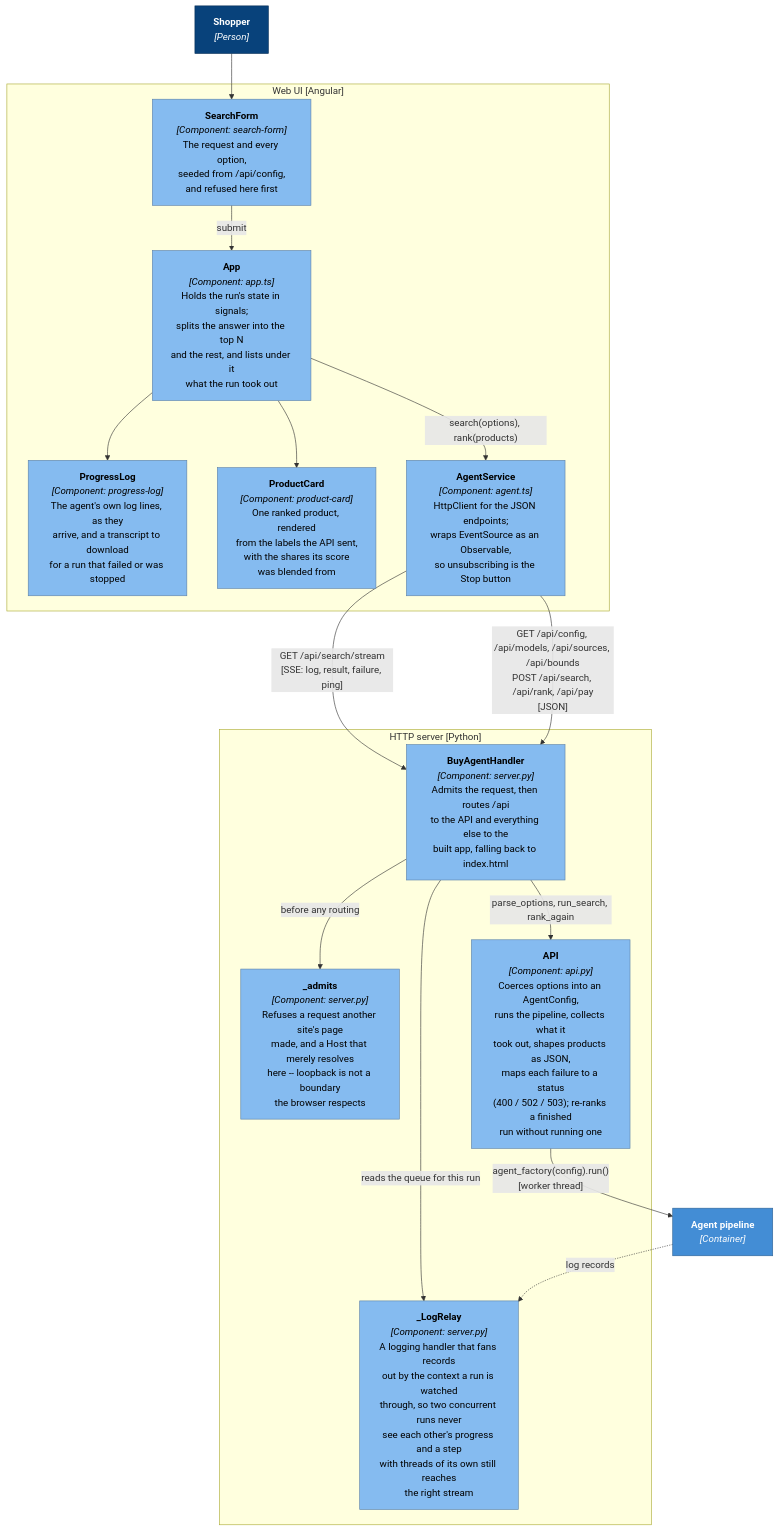
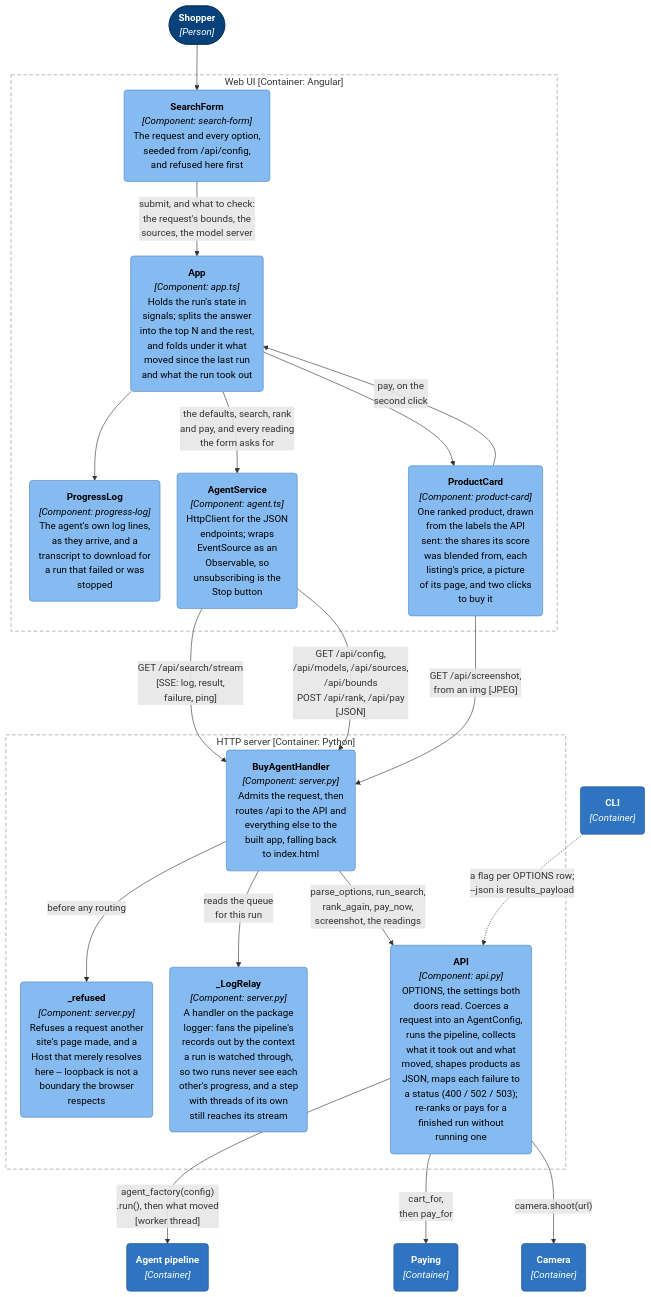
One commit to adamw7/buy_agent changed the ninth of 11 diagrams in docs/architecture.md. Above: the diagram before and after it, drawn with Mermaid. The commit also changed other lines of this file, not shown here.

First line of the commit message:
Bring the C4 diagrams in step with the benchmark page and the options table (#284)

````diff
--- a/docs/architecture.md
+++ b/docs/architecture.md
@@ -250,42 +463,58 @@
 ```mermaid
+---
+config:
+  flowchart:
+    wrappingWidth: 400
+    nodeSpacing: 28
+    rankSpacing: 50
+---
 graph TB
-    browserUser["<b>Shopper</b><br/><i>[Person]</i>"]
+    browserUser(["<b>Shopper</b><br/><i>[Person]</i>"])
 
-    subgraph spa["Web UI [Angular]"]
-        app["<b>App</b><br/><i>[Component: app.ts]</i><br/>Holds the run's state in signals;<br/>splits the answer into the top N<br/>and the rest, and lists under it<br/>what the run took out"]
-        form["<b>SearchForm</b><br/><i>[Component: search-form]</i><br/>The request and every option,<br/>seeded from /api/config,<br/>and refused here first"]
-        log["<b>ProgressLog</b><br/><i>[Component: progress-log]</i><br/>The agent's own log lines, as they<br/>arrive, and a transcript to download<br/>for a run that failed or was stopped"]
-        card["<b>ProductCard</b><br/><i>[Component: product-card]</i><br/>One ranked product, rendered<br/>from the labels the API sent,<br/>with the shares its score<br/>was blended from"]
-        agentsvc["<b>AgentService</b><br/><i>[Component: agent.ts]</i><br/>HttpClient for the JSON endpoints;<br/>wraps EventSource as an Observable,<br/>so unsubscribing is the Stop button"]
+    subgraph spa["Web UI [Container: Angular]"]
+        form("<b>SearchForm</b><br/><i>[Component: search-form]</i><br/>The request and every option,<br/>seeded from /api/config,<br/>and refused here first")
+        app("<b>App</b><br/><i>[Component: app.ts]</i><br/>Holds the run's state in<br/>signals; splits the answer<br/>into the top N and the rest,<br/>and folds under it what<br/>moved since the last run<br/>and what the run took out")
+        log("<b>ProgressLog</b><br/><i>[Component: progress-log]</i><br/>The agent's own log lines,<br/>as they arrive, and a<br/>transcript to download for<br/>a run that failed or was<br/>stopped")
+        card("<b>ProductCard</b><br/><i>[Component: product-card]</i><br/>One ranked product, drawn<br/>from the labels the API<br/>sent: the shares its score<br/>was blended from, each<br/>listing's price, a picture<br/>of its page, and two clicks<br/>to buy it")
+        agentsvc("<b>AgentService</b><br/><i>[Component: agent.ts]</i><br/>HttpClient for the JSON<br/>endpoints; wraps<br/>EventSource as an<br/>Observable, so<br/>unsubscribing is the<br/>Stop button")
     end
 
-    subgraph srv["HTTP server [Python]"]
-        handler["<b>BuyAgentHandler</b><br/><i>[Component: server.py]</i><br/>Admits the request, then routes /api<br/>to the API and everything else to the<br/>built app, falling back to index.html"]
-        guard["<b>_admits</b><br/><i>[Component: server.py]</i><br/>Refuses a request another site's page<br/>made, and a Host that merely resolves<br/>here -- loopback is not a boundary<br/>the browser respects"]
-        relay["<b>_LogRelay</b><br/><i>[Component: server.py]</i><br/>A logging handler that fans records<br/>out by the context a run is watched<br/>through, so two concurrent runs never<br/>see each other's progress and a step<br/>with threads of its own still reaches<br/>the right stream"]
-        api["<b>API</b><br/><i>[Component: api.py]</i><br/>Coerces options into an AgentConfig,<br/>runs the pipeline, collects what it<br/>took out, shapes products as JSON,<br/>maps each failure to a status<br/>(400 / 502 / 503); re-ranks a finished<br/>run without running one"]
+    subgraph srv["HTTP server [Container: Python]"]
+        handler("<b>BuyAgentHandler</b><br/><i>[Component: server.py]</i><br/>Admits the request, then<br/>routes /api to the API and<br/>everything else to the<br/>built app, falling back<br/>to index.html")
+        guard("<b>_refused</b><br/><i>[Component: server.py]</i><br/>Refuses a request another<br/>site's page made, and a<br/>Host that merely resolves<br/>here -- loopback is not a<br/>boundary the browser<br/>respects")
+        relay("<b>_LogRelay</b><br/><i>[Component: server.py]</i><br/>A handler on the package<br/>logger: fans the pipeline's<br/>records out by the context<br/>a run is watched through,<br/>so two runs never see each<br/>other's progress, and a step<br/>with threads of its own<br/>still reaches its stream")
+        api("<b>API</b><br/><i>[Component: api.py]</i><br/>OPTIONS, the settings both<br/>doors read. Coerces a<br/>request into an AgentConfig,<br/>runs the pipeline, collects<br/>what it took out and what<br/>moved, shapes products as<br/>JSON, maps each failure to<br/>a status (400 / 502 / 503);<br/>re-ranks or pays for a<br/>finished run without<br/>running one")
     end
 
-    agentpipeline["<b>Agent pipeline</b><br/><i>[Container]</i>"]
+    cli("<b>CLI</b><br/><i>[Container]</i>")
+    agentpipeline("<b>Agent pipeline</b><br/><i>[Container]</i>")
+    paying("<b>Paying</b><br/><i>[Container]</i>")
+    camera("<b>Camera</b><br/><i>[Container]</i>")
 
     browserUser --> form
-    form -->|"submit"| app
+    form -->|"submit, and what to check:<br/>the request's bounds, the<br/>sources, the model server"| app
     app --> log
     app --> card
-    app -->|"search(options), rank(products)"| agentsvc
-    agentsvc -->|"GET /api/search/stream<br/>[SSE: log, result, failure, ping]"| handler
-    agentsvc -->|"GET /api/config, /api/models, /api/sources, /api/bounds<br/>POST /api/search, /api/rank, /api/pay<br/>[JSON]"| handler
+    card -->|"pay, on the<br/>second click"| app
+    app -->|"the defaults, search, rank<br/>and pay, and every reading<br/>the form asks for"| agentsvc
+    agentsvc -->|"GET /api/search/stream<br/>[SSE: log, result,<br/>failure, ping]"| handler
+    agentsvc -->|"GET /api/config,<br/>/api/models, /api/sources,<br/>/api/bounds<br/>POST /api/rank, /api/pay<br/>[JSON]"| handler
+    card -->|"GET /api/screenshot,<br/>from an img [JPEG]"| handler
 
     handler -->|"before any routing"| guard
-    handler -->|"parse_options, run_search, rank_again"| api
-    handler -->|"reads the queue for this run"| relay
-    api -->|"agent_factory(config).run()<br/>[worker thread]"| agentpipeline
-    agentpipeline -.->|"log records"| relay
+    handler -->|"parse_options, run_search,<br/>rank_again, pay_now,<br/>screenshot, the readings"| api
+    handler -->|"reads the queue<br/>for this run"| relay
+    cli -.->|"a flag per OPTIONS row;<br/>--json is results_payload"| api
+    api -->|"agent_factory(config)<br/>.run(), then what moved<br/>[worker thread]"| agentpipeline
+    api -->|"cart_for,<br/>then pay_for"| paying
+    api -->|"camera.shoot(url)"| camera
 
     classDef person fill:#08427b,stroke:#052e56,color:#fff
-    classDef container fill:#438dd5,stroke:#2e6295,color:#fff
-    classDef component fill:#85bbf0,stroke:#5d82a8,color:#000
+    classDef container fill:#2e74c0,stroke:#1d5390,color:#fff
+    classDef component fill:#85bbf0,stroke:#4f86c0,color:#000
     class browserUser person
-    class agentpipeline container
+    class cli,agentpipeline,paying,camera container
     class app,form,log,card,agentsvc,handler,guard,relay,api component
+    style spa fill:none,stroke:#8c8c8c,stroke-width:1px,stroke-dasharray:6 4
+    style srv fill:none,stroke:#8c8c8c,stroke-width:1px,stroke-dasharray:6 4
 ```
````
